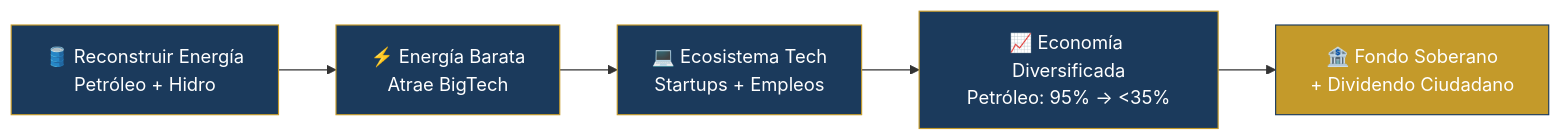
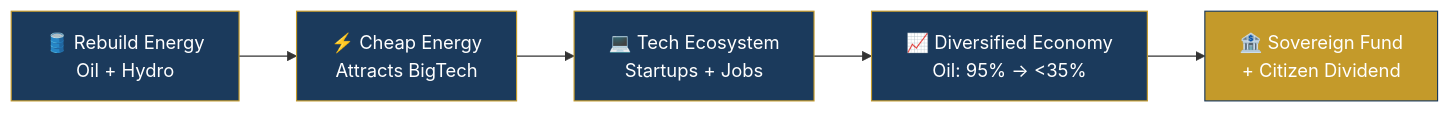
One commit to Venezuela-S-A/venezuela-sa changed the first of 3 diagrams in i18n/en/docusaurus-plugin-content-docs/current/08-pitch/resumen-ejecutivo.md. Above: the diagram before and after it, drawn with Mermaid. The commit also changed other lines of this file and 127 other files, not shown here.

````diff
--- a/i18n/en/docusaurus-plugin-content-docs/current/08-pitch/resumen-ejecutivo.md
+++ b/i18n/en/docusaurus-plugin-content-docs/current/08-pitch/resumen-ejecutivo.md
@@ -30,13 +30,13 @@
 ```mermaid
 flowchart LR
-    A["🛢️ Reconstruir Energía<br/>Petróleo + Hidro"] --> B["⚡ Energía Barata<br/>Atrae BigTech"]
-    B --> C["💻 Ecosistema Tech<br/>Startups + Empleos"]
-    C --> D["📈 Economía Diversificada<br/>Petróleo: 95% → <35%"]
-    D --> E["🏦 Fondo Soberano<br/>+ Dividendo Ciudadano"]
+    A["🛢️ Rebuild Energy<br/>Oil + Hydro"] --> B["⚡ Cheap Energy<br/>Attracts BigTech"]
+    B --> C["💻 Tech Ecosystem<br/>Startups + Jobs"]
+    C --> D["📈 Diversified Economy<br/>Oil: 95% → <35%"]
+    D --> E["🏦 Sovereign Fund<br/>+ Citizen Dividend"]
 
     style A fill:#1B3A5C,stroke:#C49A2A,color:#fff
     style B fill:#1B3A5C,stroke:#C49A2A,color:#fff
     style C fill:#1B3A5C,stroke:#C49A2A,color:#fff
     style D fill:#1B3A5C,stroke:#C49A2A,color:#fff
     style E fill:#C49A2A,stroke:#1B3A5C,color:#fff
 ```
````
